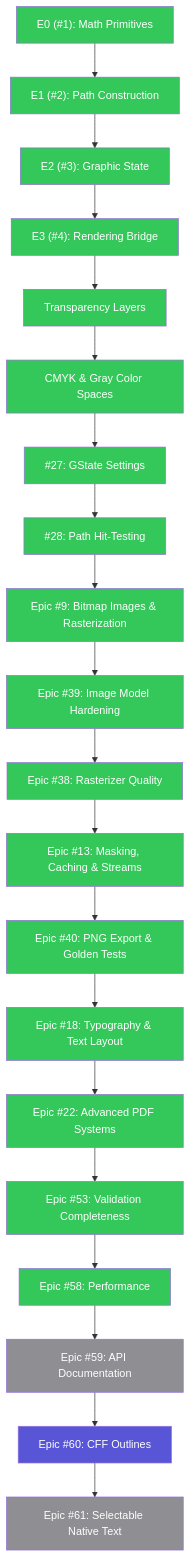
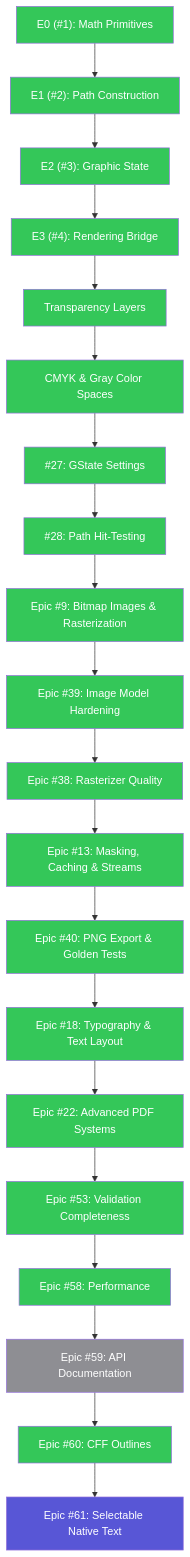
One commit to SlayerMotion/PureDraw changed the first of 9 diagrams in README.md. Above: the diagram before and after it, drawn with Mermaid. The commit also changed 1 other file, not shown here.

Commit message:
docs: mark CFF epic done in roadmap
OpenType CFF outline support is shipped; native selectable text (#61)
is the next workstream.

````diff
--- a/README.md
+++ b/README.md
@@ -136,30 +136,30 @@
 ```mermaid
 flowchart TB
     classDef done    fill:#34C759,color:#FFFFFF
     classDef active  fill:#007AFF,color:#FFFFFF
     classDef review  fill:#30B0C7,color:#FFFFFF
     classDef next    fill:#5856D6,color:#FFFFFF
     classDef partial fill:#FF9500,color:#FFFFFF
     classDef todo    fill:#8E8E93,color:#FFFFFF
 
-    E0["E0 (#1): Math Primitives"]:::done --> E1["E1 (#2): Path Construction"]:::done --> E2["E2 (#3): Graphic State"]:::done --> E3["E3 (#4): Rendering Bridge"]:::done --> TL["Transparency Layers"]:::done --> CS["CMYK & Gray Color Spaces"]:::done --> P1_1["#27: GState Settings"]:::done --> P1_2["#28: Path Hit-Testing"]:::done --> Epic9["Epic #9: Bitmap Images & Rasterization"]:::done --> Epic39["Epic #39: Image Model Hardening"]:::done --> Epic38["Epic #38: Rasterizer Quality"]:::done --> Epic13["Epic #13: Masking, Caching & Streams"]:::done --> Epic40["Epic #40: PNG Export & Golden Tests"]:::done --> Epic18["Epic #18: Typography & Text Layout"]:::done --> Epic22["Epic #22: Advanced PDF Systems"]:::done --> Epic53["Epic #53: Validation Completeness"]:::done --> Epic58["Epic #58: Performance"]:::done --> Epic59["Epic #59: API Documentation"]:::todo --> Epic60["Epic #60: CFF Outlines"]:::next --> Epic61["Epic #61: Selectable Native Text"]:::todo
+    E0["E0 (#1): Math Primitives"]:::done --> E1["E1 (#2): Path Construction"]:::done --> E2["E2 (#3): Graphic State"]:::done --> E3["E3 (#4): Rendering Bridge"]:::done --> TL["Transparency Layers"]:::done --> CS["CMYK & Gray Color Spaces"]:::done --> P1_1["#27: GState Settings"]:::done --> P1_2["#28: Path Hit-Testing"]:::done --> Epic9["Epic #9: Bitmap Images & Rasterization"]:::done --> Epic39["Epic #39: Image Model Hardening"]:::done --> Epic38["Epic #38: Rasterizer Quality"]:::done --> Epic13["Epic #13: Masking, Caching & Streams"]:::done --> Epic40["Epic #40: PNG Export & Golden Tests"]:::done --> Epic18["Epic #18: Typography & Text Layout"]:::done --> Epic22["Epic #22: Advanced PDF Systems"]:::done --> Epic53["Epic #53: Validation Completeness"]:::done --> Epic58["Epic #58: Performance"]:::done --> Epic59["Epic #59: API Documentation"]:::todo --> Epic60["Epic #60: CFF Outlines"]:::done --> Epic61["Epic #61: Selectable Native Text"]:::next
 
     click E0 href "https://github.com/mihaelamj/PureDraw/issues/1" "E0"
     click E1 href "https://github.com/mihaelamj/PureDraw/issues/2" "E1"
     click E2 href "https://github.com/mihaelamj/PureDraw/issues/3" "E2"
     click E3 href "https://github.com/mihaelamj/PureDraw/issues/4" "E3"
     click P1_1 href "https://github.com/mihaelamj/PureDraw/issues/27" "Issue #27"
     click P1_2 href "https://github.com/mihaelamj/PureDraw/issues/28" "Issue #28"
     click Epic9 href "https://github.com/mihaelamj/PureDraw/issues/9" "Epic #9"
     click Epic39 href "https://github.com/mihaelamj/PureDraw/issues/39" "Epic #39"
     click Epic38 href "https://github.com/mihaelamj/PureDraw/issues/38" "Epic #38"
     click Epic13 href "https://github.com/mihaelamj/PureDraw/issues/13" "Epic #13"
     click Epic40 href "https://github.com/mihaelamj/PureDraw/issues/40" "Epic #40"
     click Epic18 href "https://github.com/mihaelamj/PureDraw/issues/18" "Epic #18"
     click Epic22 href "https://github.com/mihaelamj/PureDraw/issues/22" "Epic #22"
     click Epic53 href "https://github.com/mihaelamj/PureDraw/issues/53" "Epic #53"
     click Epic58 href "https://github.com/mihaelamj/PureDraw/issues/58" "Epic #58"
     click Epic59 href "https://github.com/mihaelamj/PureDraw/issues/59" "Epic #59"
     click Epic60 href "https://github.com/mihaelamj/PureDraw/issues/60" "Epic #60"
     click Epic61 href "https://github.com/mihaelamj/PureDraw/issues/61" "Epic #61"
 ```
````
